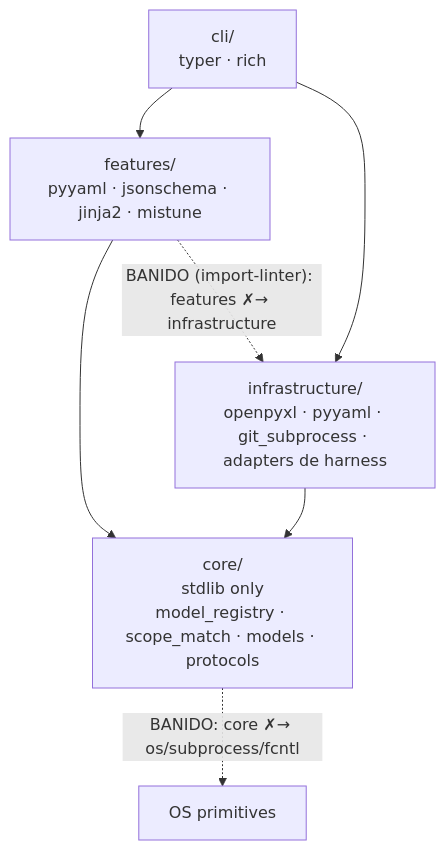
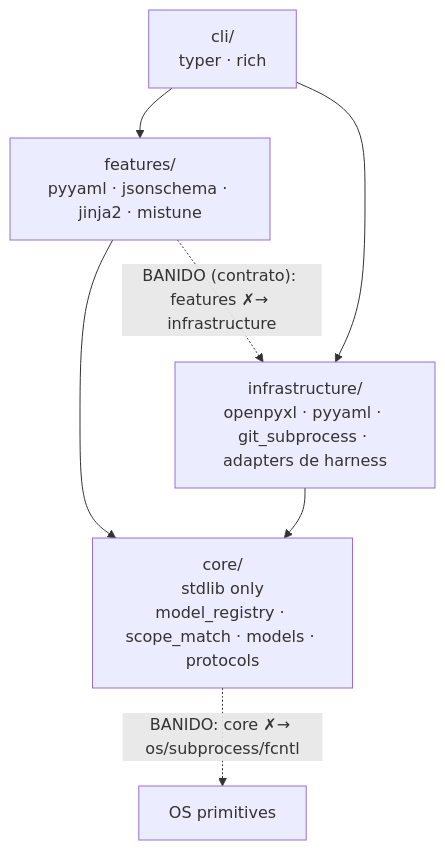
The diagram in specs/memory/tech-stack.md (marcoaureliomenezes/dadaia-workspace), drawn with Mermaid before and after one commit. The commit also changed other lines of this file and 29 other files, not shown here.

````diff
--- a/specs/memory/tech-stack.md
+++ b/specs/memory/tech-stack.md
@@ -123,13 +133,13 @@
 ```mermaid
 graph TD
   CLI["cli/<br/>typer · rich"]
   FEAT["features/<br/>pyyaml · jsonschema · jinja2 · mistune"]
   INFRA["infrastructure/<br/>openpyxl · pyyaml · git_subprocess · adapters de harness"]
   CORE["core/<br/>stdlib only<br/>model_registry · scope_match · models · protocols"]
   CLI --> FEAT
   CLI --> INFRA
   FEAT --> CORE
   INFRA --> CORE
-  FEAT -. "BANIDO (import-linter): features ✗→ infrastructure" .-> INFRA
+  FEAT -. "BANIDO (contrato): features ✗→ infrastructure" .-> INFRA
   CORE -. "BANIDO: core ✗→ os/subprocess/fcntl" .-> OSP["OS primitives"]
 ```
````
